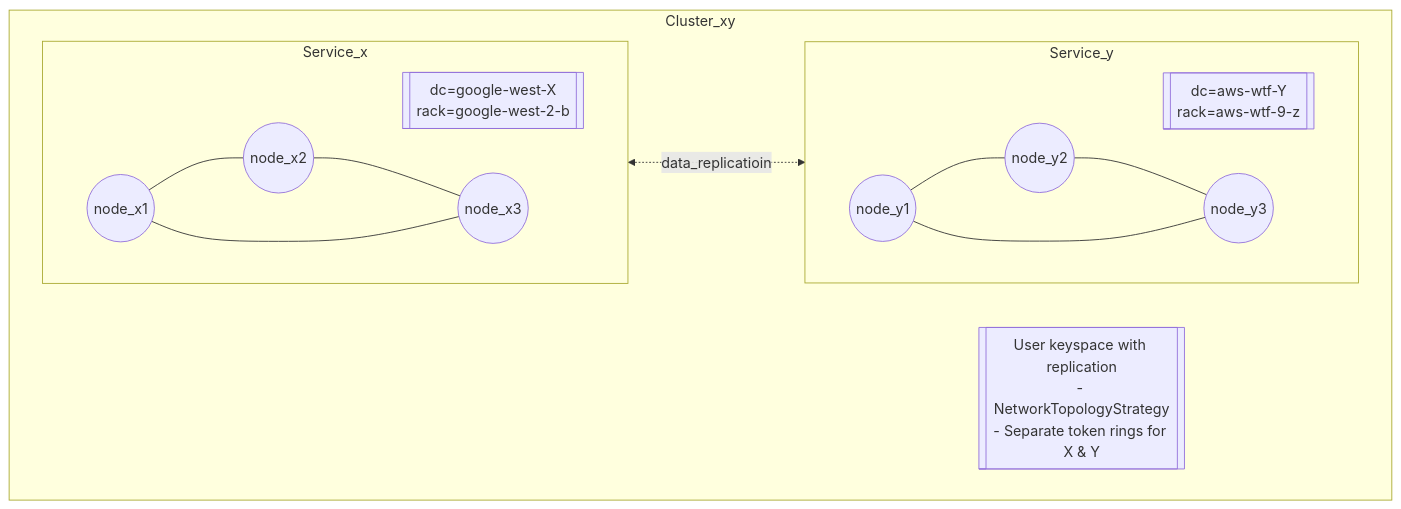
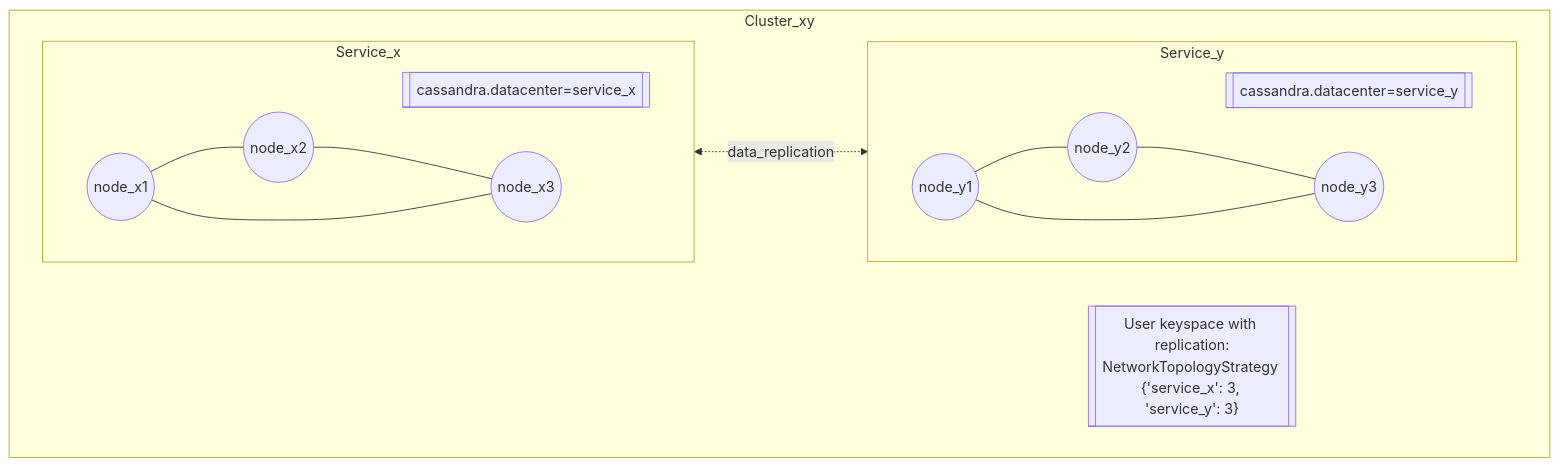
The diagram in docs/products/cassandra/concepts/cross-cluster-replication.rst (aiven/devportal), drawn with Mermaid before and after one commit. The commit also changed other lines of this file, not shown here.

```diff
--- a/docs/products/cassandra/concepts/cross-cluster-replication.rst
+++ b/docs/products/cassandra/concepts/cross-cluster-replication.rst
@@ -23,22 +25,22 @@
 .. mermaid::
 
     flowchart LR
         subgraph Cluster_xy
         direction LR
-        cluster_info[[User keyspace with replication<br>- NetworkTopologyStrategy<br>- Separate token rings for X & Y]]
+        cluster_info[["User keyspace with replication:<br>NetworkTopologyStrategy {'service_x': 3, 'service_y': 3}"]]
         subgraph Service_x
         direction LR
-        service_info_x[[dc=google-west-X<br>rack=google-west-2-b]]
+        service_info_x[[cassandra.datacenter=service_x]]
         x1((node_x1)) --- x2((node_x2))
         x2((node_x2)) --- x3((node_x3))
         x3((node_x3)) --- x1((node_x1))
         end
         subgraph Service_y
         direction LR
-        service_info_y[[dc=aws-wtf-Y<br>rack=aws-wtf-9-z]]
+        service_info_y[[cassandra.datacenter=service_y]]
         y1((node_y1)) --- y2((node_y2))
         y2((node_y2)) --- y3((node_y3))
         y3((node_y3)) --- y1((node_y1))
         end
-        Service_x<-. data_replicatioin .->Service_y
+        Service_x<-. data_replication .->Service_y
         end
```
